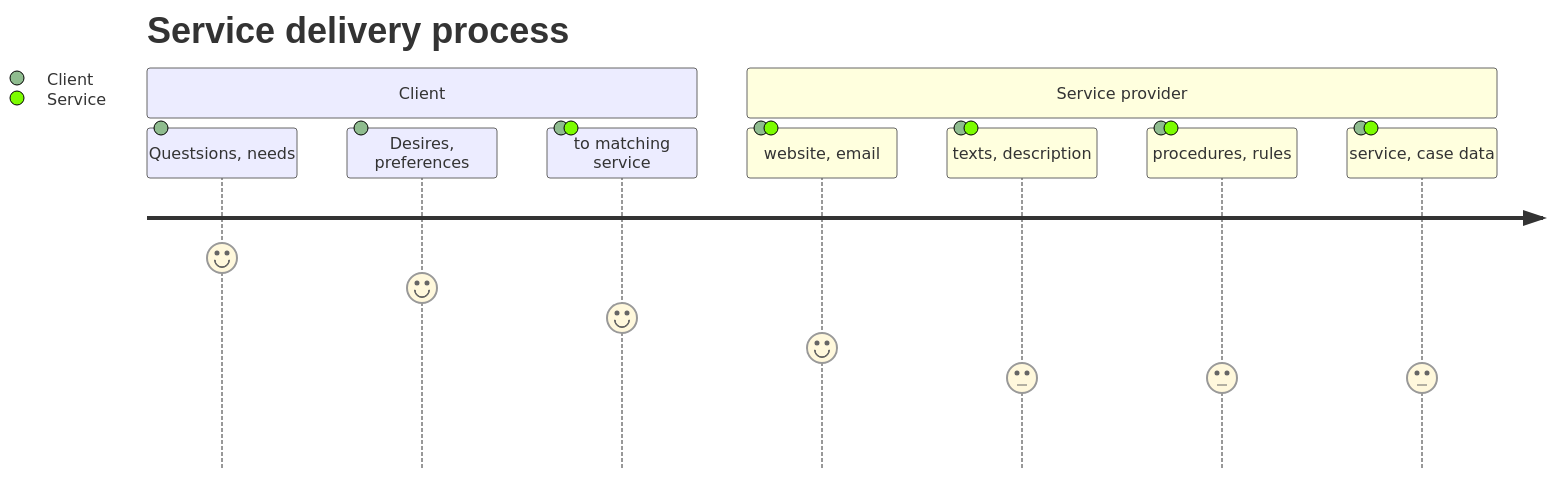
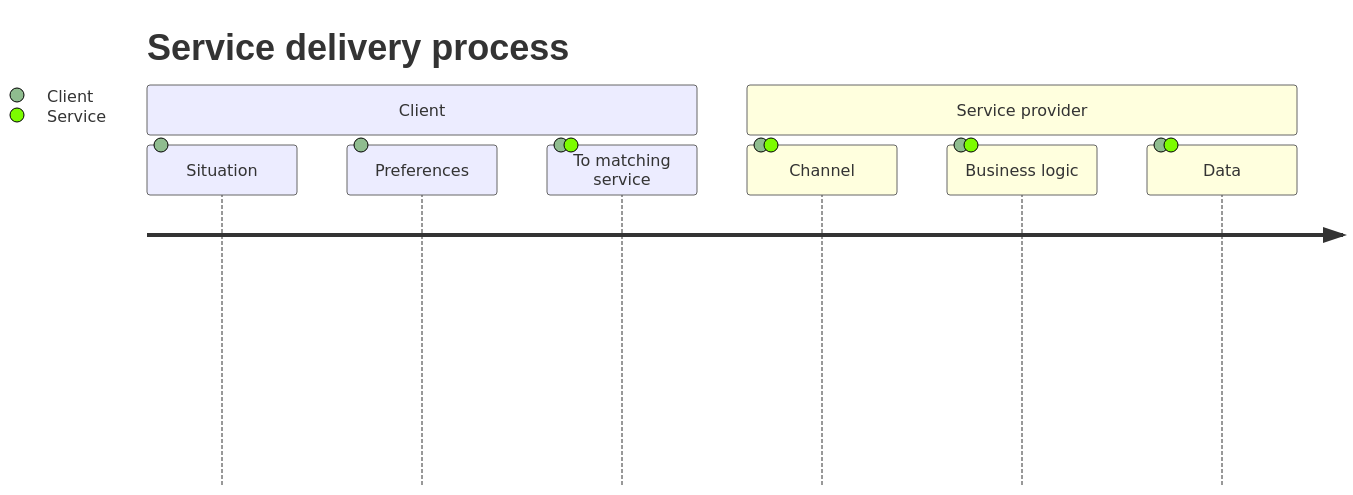
The fourth of 4 diagrams in slides.md (skhrolenok/channel_architecture), drawn with Mermaid before and after one commit. The commit also changed other lines of this file, not shown here.

````diff
--- a/slides.md
+++ b/slides.md
@@ -198,13 +233,12 @@
-```mermaid {scale: 0.57, alt: 'Service delivery process diagram'}
+```mermaid {scale: 0.63, alt: 'Service delivery process diagram'}
 journey
     title Service delivery process
     section Client
-      Questsions, needs: 7: Client
-      Desires, preferences: 6: Client
-      to matching service: 5: Client, Service
+      Situation: 100: Client
+      Preferences: 100: Client
+      To matching service: 100: Client, Service
     section Service provider
-      website, email: 4: Client, Service
-      texts, description: 3: Client, Service
-      procedures, rules: 3: Client, Service
-      service, case data: 3: Client, Service
+      Channel: 100: Client, Service
+      Business logic: 100: Client, Service
+      Data: 100: Client, Service
 ```
````
